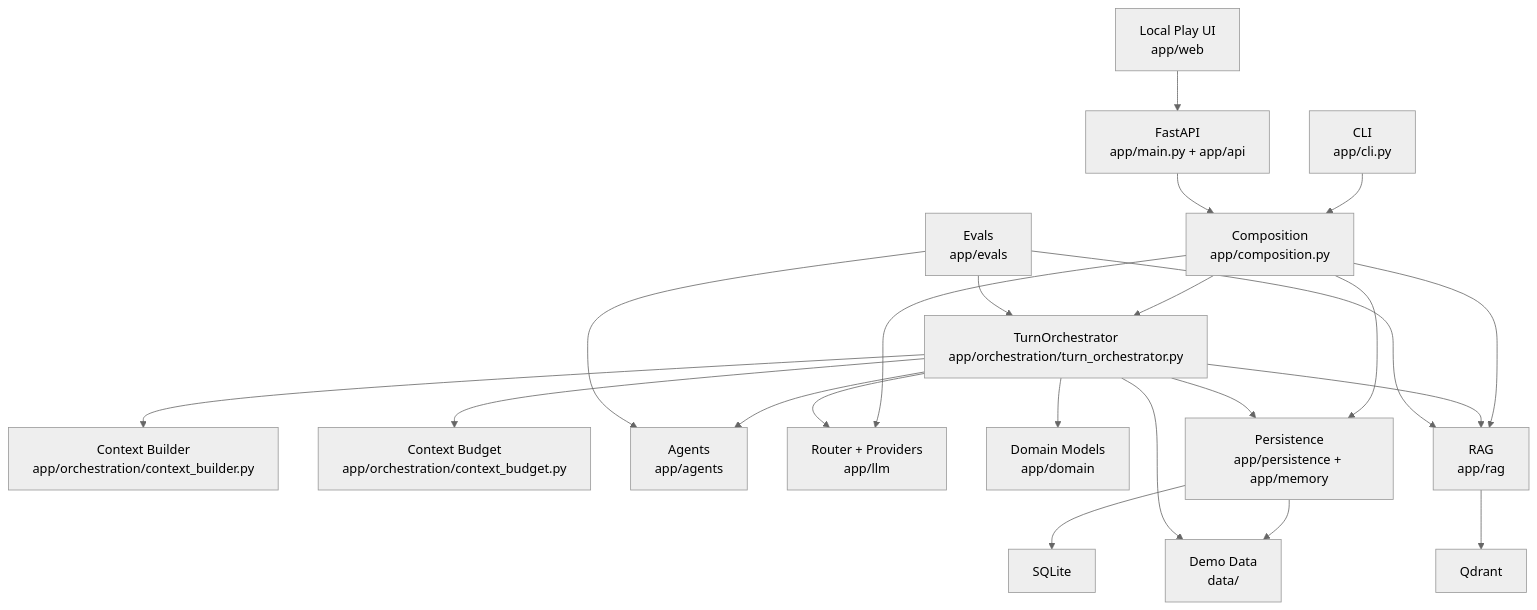
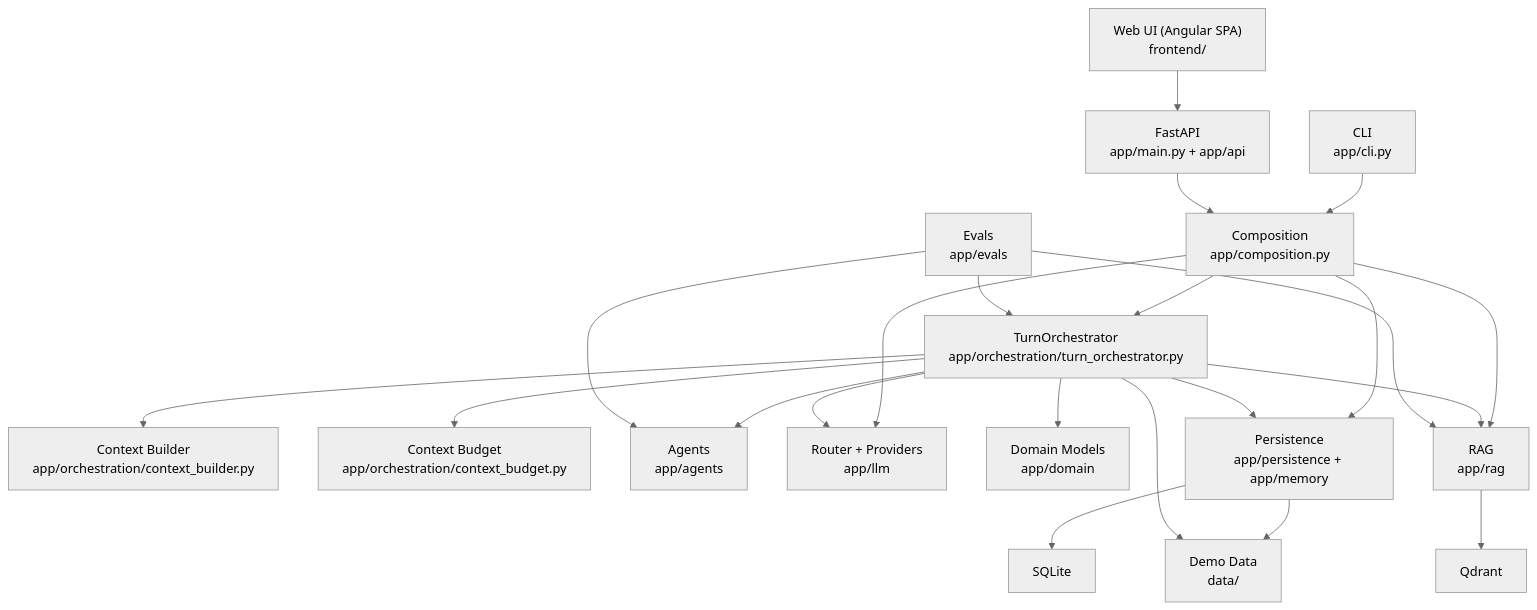
One commit to hofdo/RoleRAG_POC changed the diagram in docs/09_current_architecture_map.md. Above: the diagram before and after it, drawn with Mermaid (neutral theme). The commit also changed other lines of this file and 13 other files, not shown here.

````diff
--- a/docs/09_current_architecture_map.md
+++ b/docs/09_current_architecture_map.md
@@ -11,41 +11,41 @@
 ```mermaid
 graph TD
     CLI["CLI<br/>app/cli.py"]
     API["FastAPI<br/>app/main.py + app/api"]
-    WEB["Local Play UI<br/>app/web"]
+    WEB["Web UI (Angular SPA)<br/>frontend/"]
     COMP["Composition<br/>app/composition.py"]
     ORCH["TurnOrchestrator<br/>app/orchestration/turn_orchestrator.py"]
     CTX["Context Builder<br/>app/orchestration/context_builder.py"]
     BUDGET["Context Budget<br/>app/orchestration/context_budget.py"]
     AGENTS["Agents<br/>app/agents"]
     ROUTER["Router + Providers<br/>app/llm"]
     DOMAIN["Domain Models<br/>app/domain"]
     PERSIST["Persistence<br/>app/persistence + app/memory"]
     RAG["RAG<br/>app/rag"]
     EVALS["Evals<br/>app/evals"]
     DATA["Demo Data<br/>data/"]
     SQLITE["SQLite"]
     QDRANT["Qdrant"]
 
     CLI --> COMP
     API --> COMP
     WEB --> API
     COMP --> ORCH
     COMP --> ROUTER
     COMP --> PERSIST
     COMP --> RAG
     ORCH --> DOMAIN
     ORCH --> CTX
     ORCH --> BUDGET
     ORCH --> AGENTS
     ORCH --> ROUTER
     ORCH --> PERSIST
     ORCH --> RAG
     PERSIST --> SQLITE
     RAG --> QDRANT
     PERSIST --> DATA
     ORCH --> DATA
     EVALS --> ORCH
     EVALS --> AGENTS
     EVALS --> RAG
 ```
````
